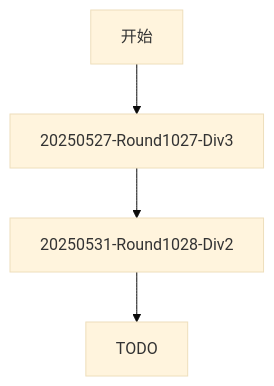
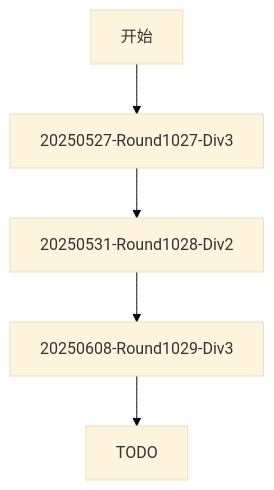
One commit to Thintime123/CodeforcesReflect changed the diagram in README.md. Above: the diagram before and after it, drawn with Mermaid (base theme). The commit also changed other lines of this file and 1 other file, not shown here.

Commit message:
docs: add tutorial-1 for 1029div3(A-E)

````diff
--- a/README.md
+++ b/README.md
@@ -7,13 +7,15 @@
 ```mermaid
 graph TD
 A[开始] 
 -->
 B[20250527-Round1027-Div3]
 -->
-D[20250531-Round1028-Div2]
+C[20250531-Round1028-Div2]
 -->
-C[TODO]
+D[20250608-Round1029-Div3]
+-->
+END[TODO]
 %% B --> C{是否完成?}
 %% C -->|是| D[结束]
 %% C -->|否| B
 ```
````
